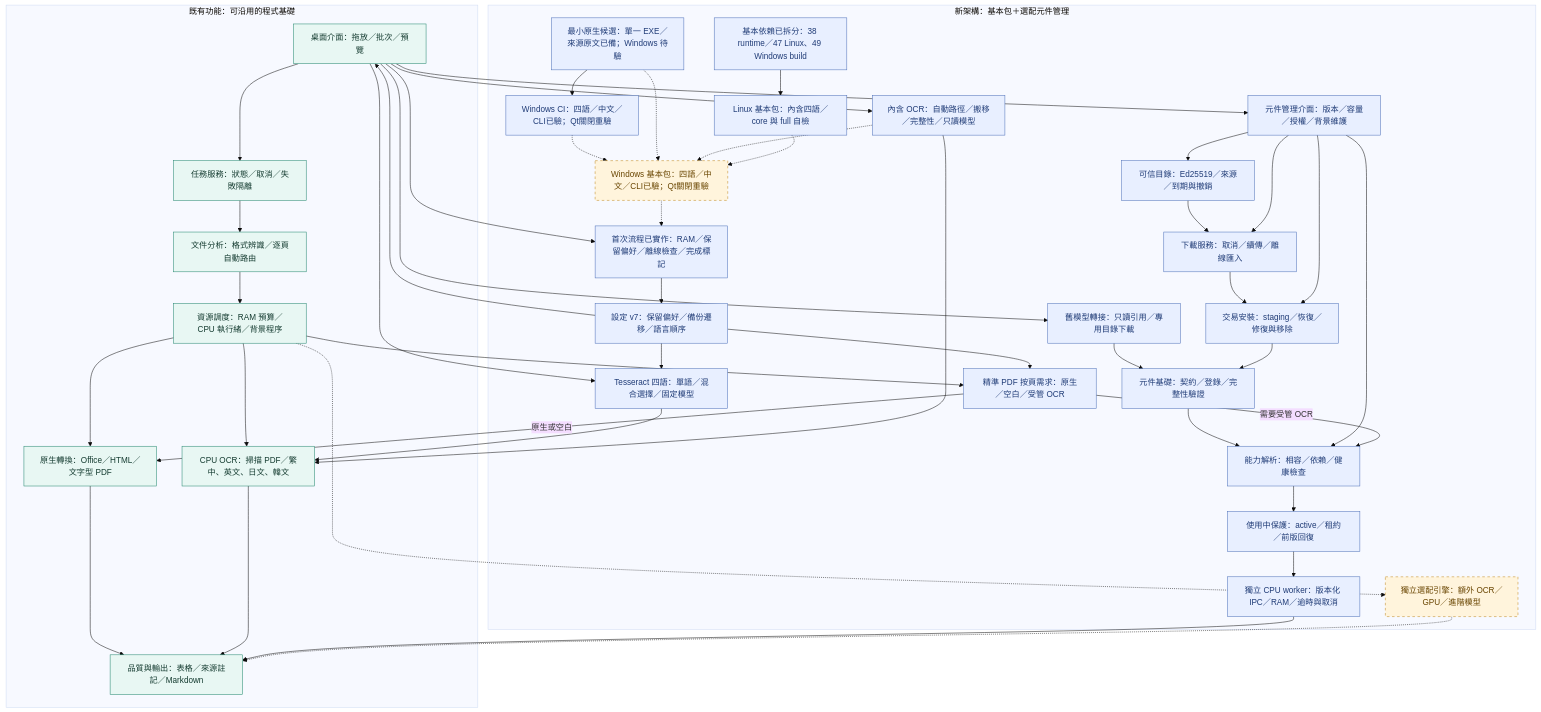
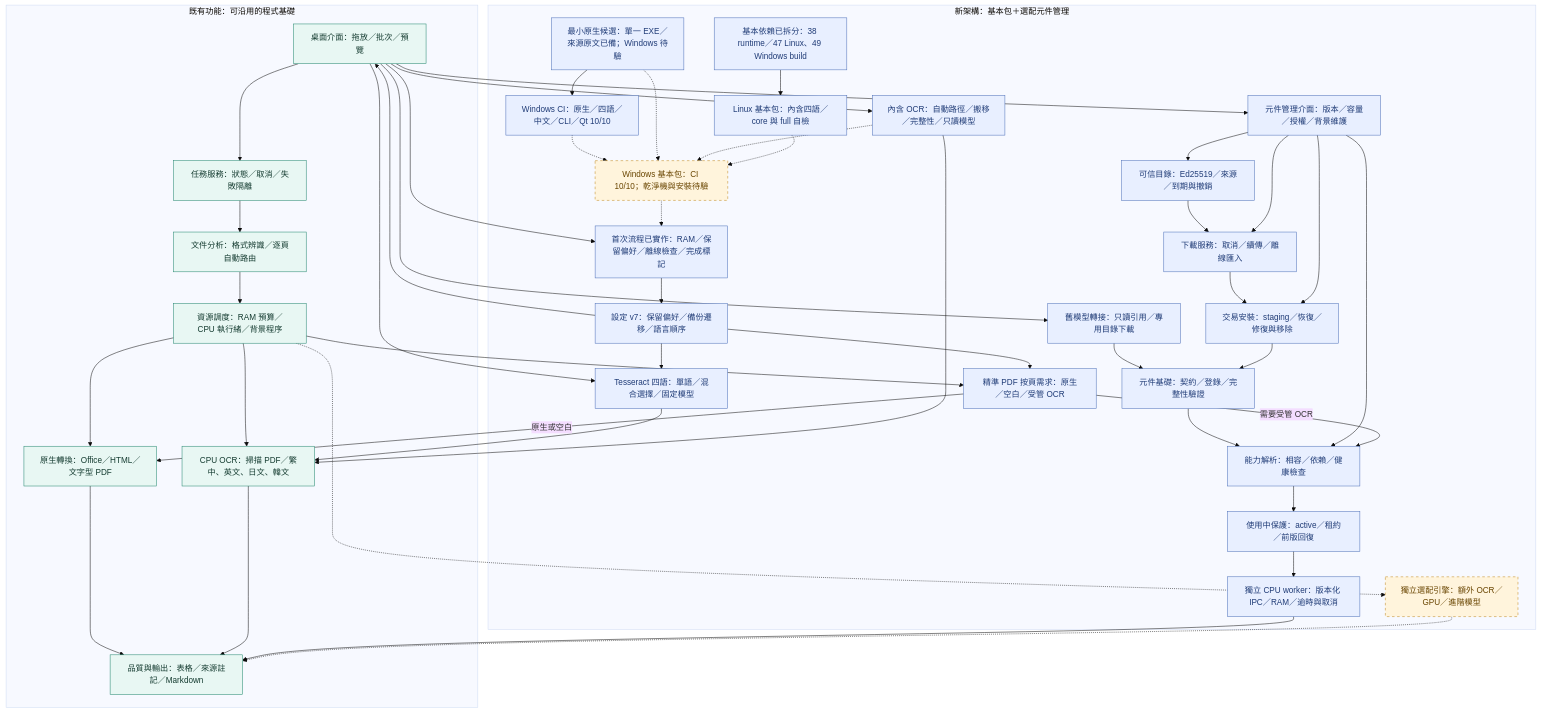
Before and after one commit to ChouTa-chuan/MarkItDown-exe: the diagram in README.md, drawn with Mermaid (base theme). The commit also changed other lines of this file and 30 other files, not shown here.

Commit message:
docs: 保存 Windows 基本包 CI 十項通過與後續驗收範圍

````diff
--- a/README.md
+++ b/README.md
@@ -21,71 +21,71 @@
 ```mermaid
 flowchart TD
     subgraph Existing["既有功能：可沿用的程式基礎"]
         UI["桌面介面：拖放／批次／預覽"] --> APP["任務服務：狀態／取消／失敗隔離"]
         APP --> PLAN["文件分析：格式辨識／逐頁自動路由"]
         PLAN --> RES["資源調度：RAM 預算／CPU 執行緒／背景程序"]
         RES --> NATIVE["原生轉換：Office／HTML／文字型 PDF"]
         RES --> OCR["CPU OCR：掃描 PDF／繁中、英文、日文、韓文"]
         NATIVE --> QUALITY["品質與輸出：表格／來源註記／Markdown"]
         OCR --> QUALITY
     end
     subgraph Planned["新架構：基本包＋選配元件管理"]
         COMPONENTUI["元件管理介面：版本／容量／授權／背景維護"]
-        FIRST["Windows 基本包：四語／中文／CLI已驗；Qt關閉重驗"]
+        FIRST["Windows 基本包：CI 10/10；乾淨機與安裝待驗"]
         PROFILE["基本依賴已拆分：38 runtime／47 Linux、49 Windows build"]
         PROFILEBUILD["Linux 基本包：內含四語／core 與 full 自檢"]
         FIRSTFLOW["首次流程已實作：RAM／保留偏好／離線檢查／完成標記"]
         COMPONENTS["元件基礎：契約／登錄／完整性驗證"]
         CAPABILITY["能力解析：相容／依賴／健康檢查"]
-        WINCI["Windows CI：四語／中文／CLI已驗；Qt關閉重驗"]
+        WINCI["Windows CI：原生／四語／中文／CLI／Qt 10/10"]
         BUNDLED["內含 OCR：自動路徑／搬移／完整性／只讀模型"]
         MINIMALBUILD["最小原生候選：單一 EXE／來源原文已備；Windows 待驗"]
         LANGUAGES["Tesseract 四語：單語／混合選擇／固定模型"]
         ROUTE["精準 PDF 按頁需求：原生／空白／受管 OCR"]
         CPUWORKER["獨立 CPU worker：版本化 IPC／RAM／逾時與取消"]
         OPTIONAL["獨立選配引擎：額外 OCR／GPU／進階模型"]
         COMPONENTS --> CAPABILITY
         LEGACY["舊模型轉接：只讀引用／專用目錄下載"]
         PREFS["設定 v7：保留偏好／備份遷移／語言順序"]
         LEGACY --> COMPONENTS
         CATALOG["可信目錄：Ed25519／來源／到期與撤銷"] --> DOWNLOAD["下載服務：取消／續傳／離線匯入"]
         DOWNLOAD --> INSTALL["交易安裝：staging／恢復／修復與移除"]
         INSTALL --> COMPONENTS
         CAPABILITY --> LEASE["使用中保護：active／租約／前版回復"]
     end
     UI --> LANGUAGES
     LANGUAGES --> OCR
     PREFS --> LANGUAGES
     UI --> COMPONENTUI
     COMPONENTUI --> INSTALL
     COMPONENTUI --> CATALOG
     COMPONENTUI --> CAPABILITY
     LEASE --> CPUWORKER
     CPUWORKER --> QUALITY
     RES --> ROUTE
     ROUTE -->|需要受管 OCR| CAPABILITY
     ROUTE -->|原生或空白| NATIVE
     COMPONENTUI --> DOWNLOAD
     UI --> LEGACY
     PREFS --> UI
     UI --> FIRSTFLOW
     FIRSTFLOW --> PREFS
     PROFILE --> PROFILEBUILD
     MINIMALBUILD --> WINCI
     WINCI -.-> FIRST
     MINIMALBUILD -.-> FIRST
     UI --> BUNDLED
     BUNDLED --> OCR
     BUNDLED -.-> FIRST
     PROFILEBUILD -.-> FIRST
     FIRST -.-> FIRSTFLOW
     PREFS --> ROUTE
     RES -.-> OPTIONAL
     OPTIONAL -.-> QUALITY
     classDef existing fill:#e8f7f3,stroke:#21856d,color:#153c31;
     classDef foundation fill:#e8efff,stroke:#4c6fb8,color:#203c77;
     class COMPONENTS,CAPABILITY,LEGACY,PREFS,CATALOG,DOWNLOAD,INSTALL,LEASE,CPUWORKER,COMPONENTUI,FIRSTFLOW,ROUTE,PROFILE,PROFILEBUILD,LANGUAGES,BUNDLED,MINIMALBUILD,WINCI foundation;
     classDef planned fill:#fff4dc,stroke:#be8519,color:#694500,stroke-dasharray:5 5;
     class UI,APP,PLAN,RES,NATIVE,OCR,QUALITY existing;
     class FIRST,OPTIONAL planned;
 ```
````
